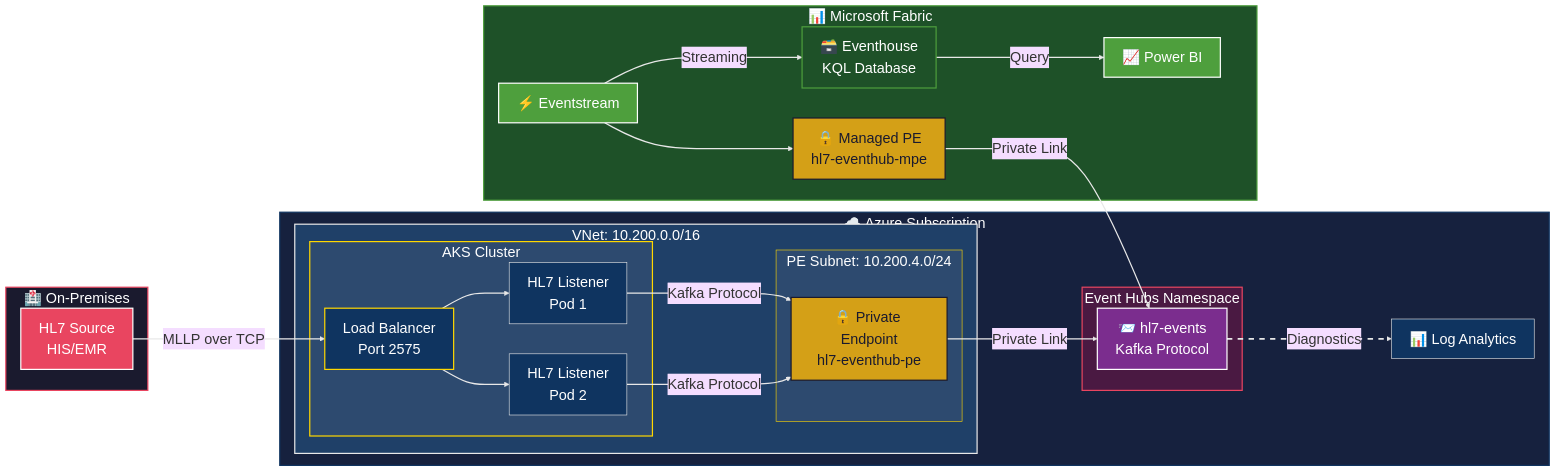
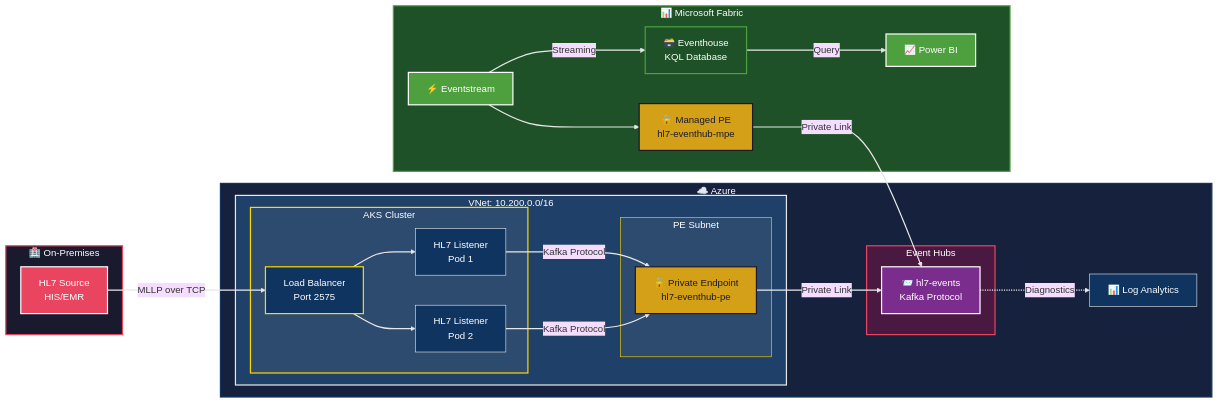
The diagram in README.md (mhuot/hl7-eh-fab), drawn with Mermaid before and after one commit.

Commit message:
docs: fix Mermaid diagram spacing and label truncation
- Reduce font size from 24px to 16px
- Shorten subgraph labels (Azure, PE Subnet, Event Hubs)
- Remove unsupported animation syntax
- Simplify linkStyle declarations

````diff
--- a/README.md
+++ b/README.md
@@ -12,70 +12,67 @@
 ```mermaid
-%%{init: {'theme': 'base', 'themeVariables': { 'fontSize': '24px' }}}%%
+%%{init: {'theme': 'base', 'themeVariables': { 'fontSize': '16px' }}}%%
 flowchart LR
    subgraph Client["🏥 On-Premises"]
       HL7["HL7 Source<br/>HIS/EMR"]
    end
 
-   subgraph Azure["☁️ Azure Subscription"]
+   subgraph Azure["☁️ Azure"]
       subgraph VNet["VNet: 10.200.0.0/16"]
          subgraph AKS["AKS Cluster"]
                LB["Load Balancer<br/>Port 2575"]
                Pod1["HL7 Listener<br/>Pod 1"]
                Pod2["HL7 Listener<br/>Pod 2"]
          end
-         subgraph PESubnet["PE Subnet: 10.200.4.0/24"]
+         subgraph PESubnet["PE Subnet"]
                PE["🔒 Private Endpoint<br/>hl7-eventhub-pe"]
          end
       end
       
-      subgraph EventHubs["Event Hubs Namespace"]
+      subgraph EventHubs["Event Hubs"]
          EH["📨 hl7-events<br/>Kafka Protocol"]
       end
       
       LA["📊 Log Analytics"]
    end
 
    subgraph Fabric["📊 Microsoft Fabric"]
       MPE["🔒 Managed PE<br/>hl7-eventhub-mpe"]
       ES["⚡ Eventstream"]
       KQL["🗃️ Eventhouse<br/>KQL Database"]
       PBI["📈 Power BI"]
    end
 
    HL7 -->|"MLLP over TCP"| LB
    LB --> Pod1
    LB --> Pod2
    Pod1 -->|"Kafka Protocol"| PE
    Pod2 -->|"Kafka Protocol"| PE
    PE -->|"Private Link"| EH
-   EH e1@-..->|"Diagnostics"| LA
-   classDef animate stroke-dasharray: 9,5,stroke-dashoffset: 900,animation: dash 25s linear infinite;
-   class e1 animate
+   EH -.->|"Diagnostics"| LA
    MPE -->|"Private Link"| EH
    ES --> MPE
    ES -->|"Streaming"| KQL
    KQL -->|"Query"| PBI
 
-   linkStyle default stroke:#e8e8e8, stroke-width:2
-   linkStyle 6 stroke-width:3px
+   linkStyle default stroke:#e8e8e8,stroke-width:2
    
    %% WCAG AA compliant colors with 4.5:1 contrast ratio
    style Client fill:#1a1a2e,stroke:#e94560,stroke-width:2px,color:#ffffff
    style Azure fill:#16213e,stroke:#0f3460,stroke-width:2px,color:#ffffff
    style VNet fill:#1f4068,stroke:#e8e8e8,stroke-width:2px,color:#ffffff
    style AKS fill:#2d4a6f,stroke:#ffd700,stroke-width:2px,color:#ffffff
    style PESubnet fill:#2d4a6f,stroke:#ffd700,stroke-width:1px,color:#ffffff
    style EventHubs fill:#4a1942,stroke:#e94560,stroke-width:2px,color:#ffffff
    style Fabric fill:#1e5128,stroke:#4e9f3d,stroke-width:2px,color:#ffffff
    style HL7 fill:#e94560,stroke:#ffffff,stroke-width:2px,color:#ffffff
    style LB fill:#0f3460,stroke:#ffd700,stroke-width:2px,color:#ffffff
    style Pod1 fill:#0f3460,stroke:#e8e8e8,stroke-width:1px,color:#ffffff
    style Pod2 fill:#0f3460,stroke:#e8e8e8,stroke-width:1px,color:#ffffff
    style PE fill:#d4a017,stroke:#1a1a2e,stroke-width:2px,color:#1a1a2e
    style EH fill:#7b2d8e,stroke:#ffffff,stroke-width:2px,color:#ffffff
    style LA fill:#0f3460,stroke:#e8e8e8,stroke-width:1px,color:#ffffff
    style MPE fill:#d4a017,stroke:#1a1a2e,stroke-width:2px,color:#1a1a2e
    style ES fill:#4e9f3d,stroke:#ffffff,stroke-width:2px,color:#ffffff
    style KQL fill:#1e5128,stroke:#4e9f3d,stroke-width:2px,color:#ffffff
    style PBI fill:#4e9f3d,stroke:#ffffff,stroke-width:2px,color:#ffffff
 ```
````
